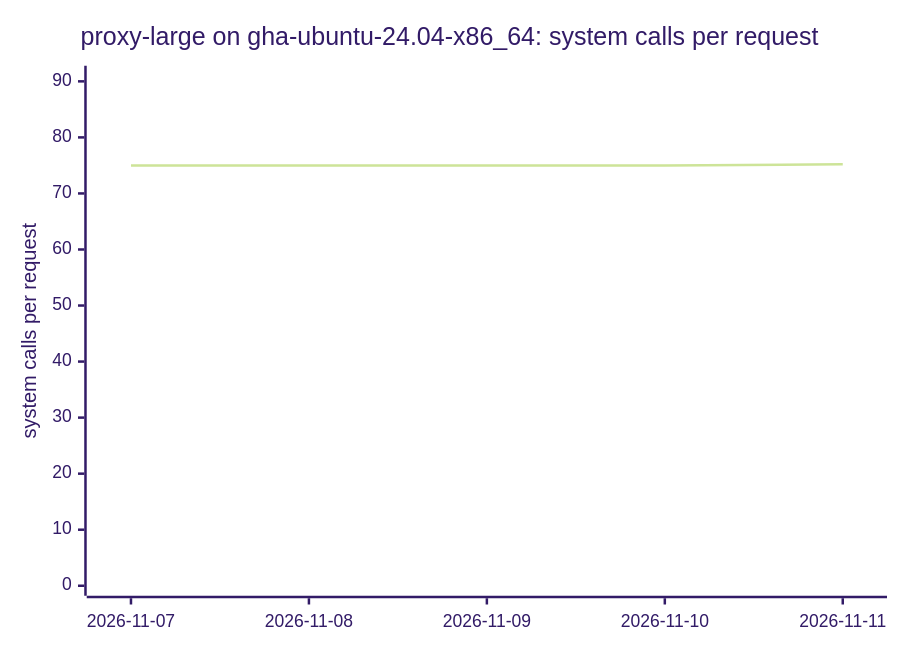
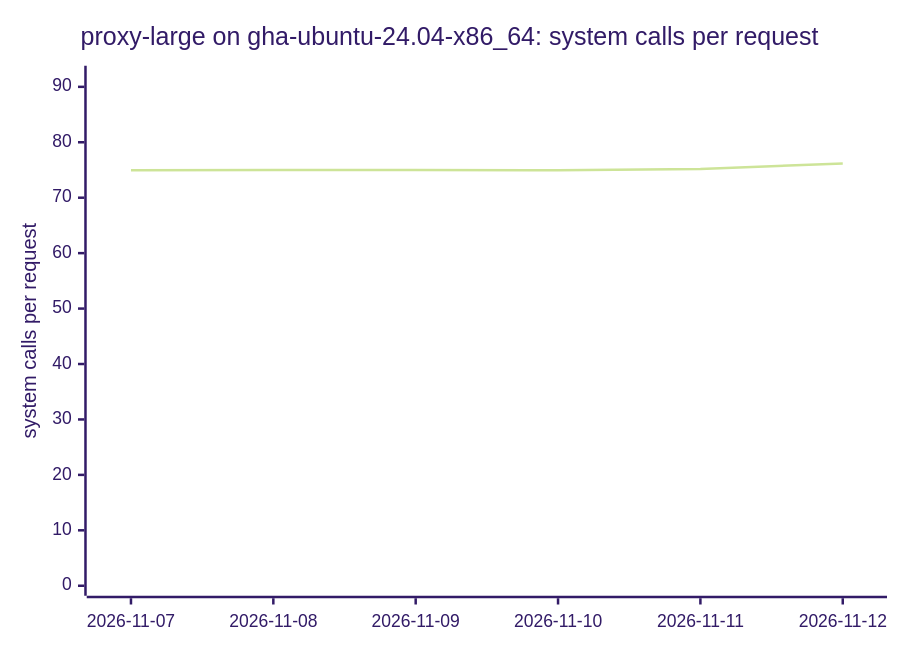
One commit to ThePixelPilgrim/durchlauferhitzer changed diagram 15 of 18 in BENCHMARKS.md. Above: the diagram before and after it, drawn with Mermaid (forest theme). The commit also changed other lines of this file and 1 other file, not shown here.

````diff
--- a/BENCHMARKS.md
+++ b/BENCHMARKS.md
@@ -168,7 +168,7 @@
 ```mermaid
 xychart-beta
   title "proxy-large on gha-ubuntu-24.04-x86_64: system calls per request"
-  x-axis ["2026-11-07", "2026-11-08", "2026-11-09", "2026-11-10", "2026-11-11"]
-  y-axis "system calls per request" 0 --> 91
-  line [74.97, 74.98, 74.98, 74.97, 75.19]
+  x-axis ["2026-11-07", "2026-11-08", "2026-11-09", "2026-11-10", "2026-11-11", "2026-11-12"]
+  y-axis "system calls per request" 0 --> 92
+  line [74.97, 74.98, 74.98, 74.97, 75.19, 76.18]
 ```
````
